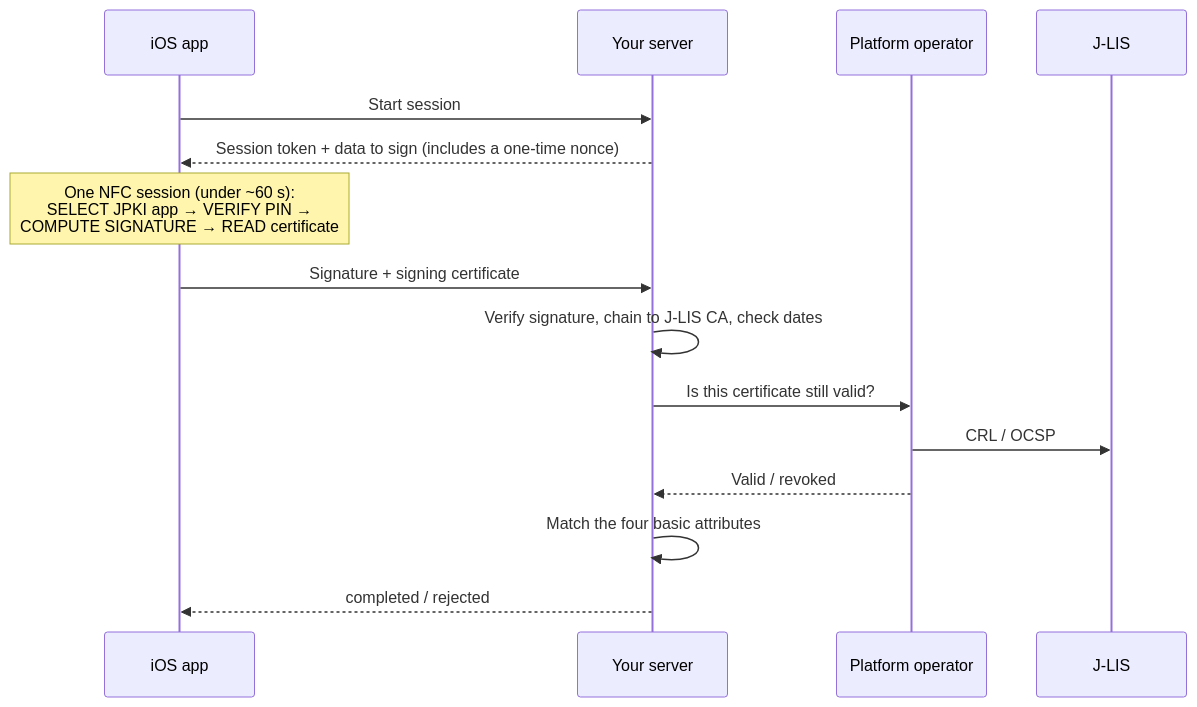
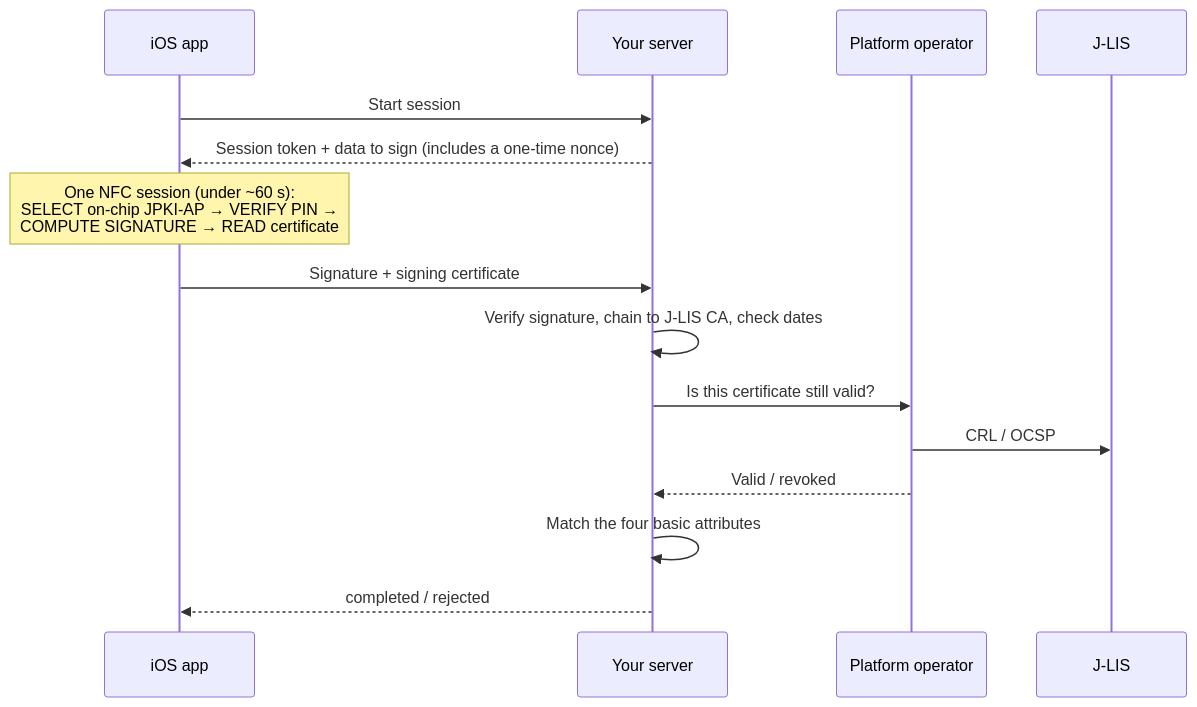
Before and after one commit to haphanquang/ekyc-jp-ios: the diagram in README.en.md, drawn with Mermaid.

Commit message:
fix: read me en translation wrong for the diagram

````diff
--- a/README.en.md
+++ b/README.en.md
@@ -131,17 +131,17 @@
 ```mermaid
 sequenceDiagram
     participant App as iOS app
     participant Srv as Your server
     participant PF as Platform operator
     participant JLIS as J-LIS
     App->>Srv: Start session
     Srv-->>App: Session token + data to sign (includes a one-time nonce)
-    Note over App: One NFC session (under ~60 s):<br/>SELECT JPKI app → VERIFY PIN →<br/>COMPUTE SIGNATURE → READ certificate
+    Note over App: One NFC session (under ~60 s):<br/>SELECT on-chip JPKI-AP → VERIFY PIN →<br/>COMPUTE SIGNATURE → READ certificate
     App->>Srv: Signature + signing certificate
     Srv->>Srv: Verify signature, chain to J-LIS CA, check dates
     Srv->>PF: Is this certificate still valid?
     PF->>JLIS: CRL / OCSP
     PF-->>Srv: Valid / revoked
     Srv->>Srv: Match the four basic attributes
     Srv-->>App: completed / rejected
 ```
````
